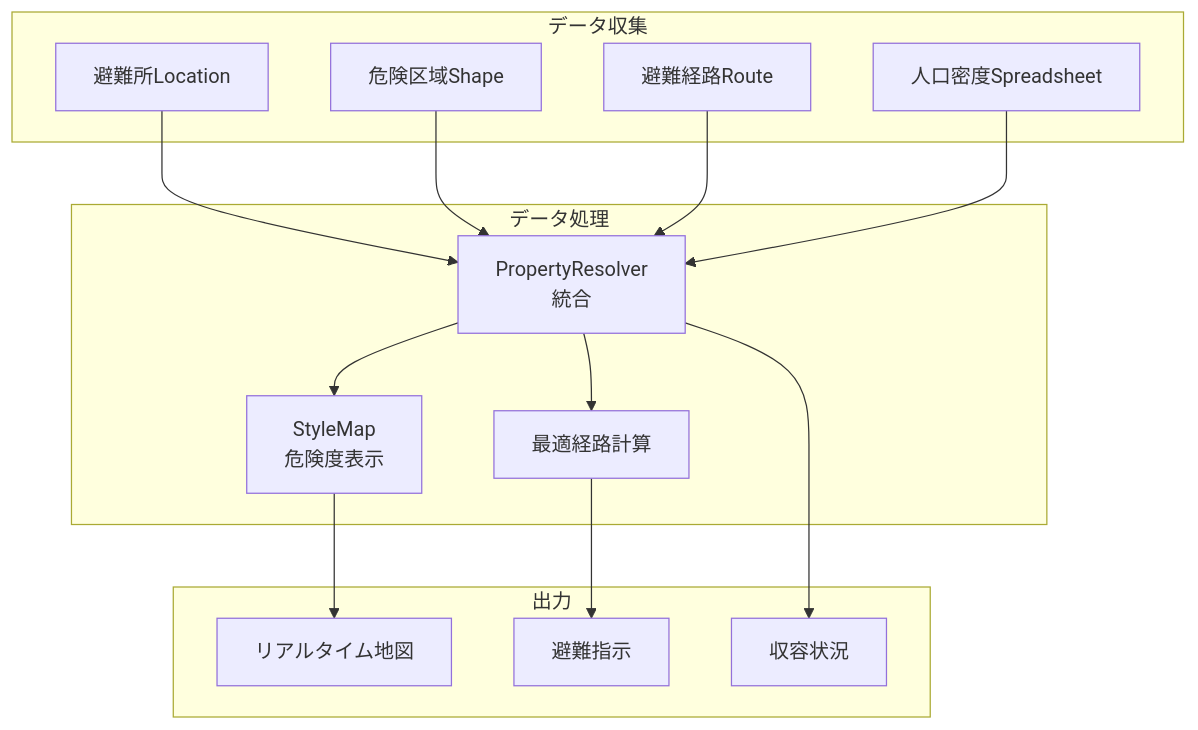
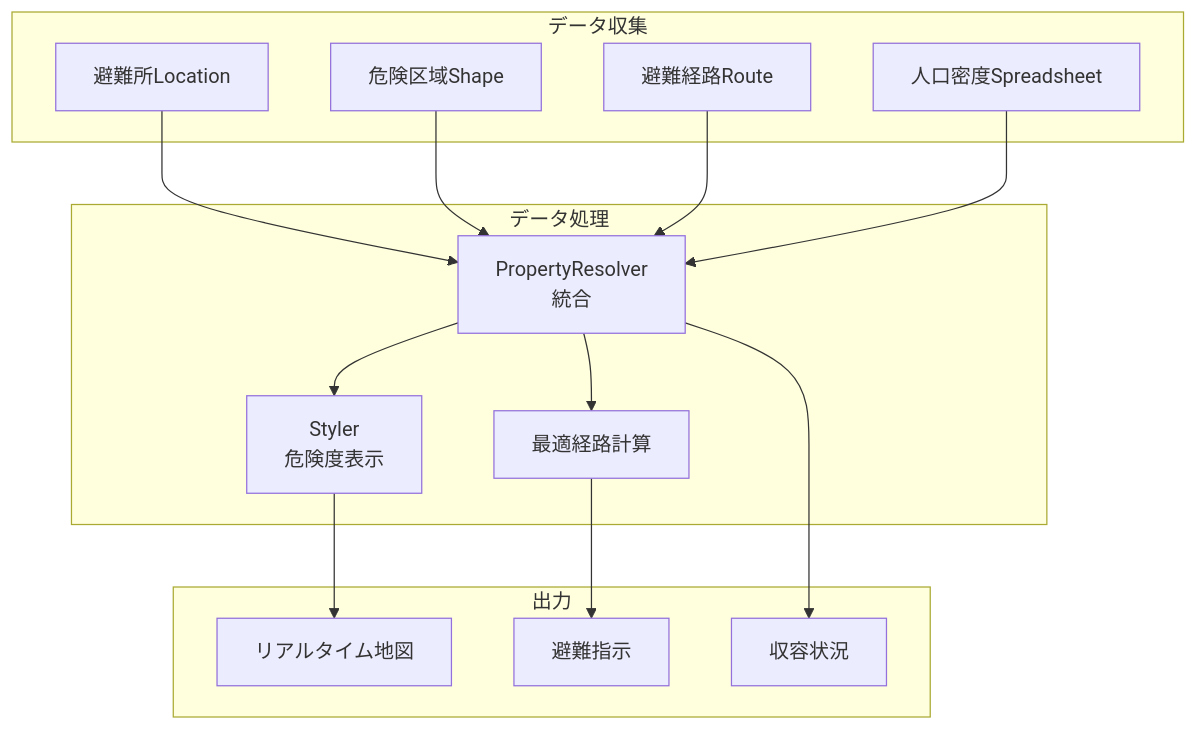
Before and after one commit to kubohiroya/hierarchidb: the tenth of 10 diagrams in docs/USER_MANUAL_COMPREHENSIVE/02_ADVANCED_USER_GUIDE.md, drawn with Mermaid. The commit also changed other lines of this file and 267 other files, not shown here.

````diff
--- a/docs/USER_MANUAL_COMPREHENSIVE/02_ADVANCED_USER_GUIDE.md
+++ b/docs/USER_MANUAL_COMPREHENSIVE/02_ADVANCED_USER_GUIDE.md
@@ -736,33 +736,33 @@
 ```mermaid
 graph TB
     subgraph "データ収集"
         D1[避難所Location]
         D2[危険区域Shape]
         D3[避難経路Route]
         D4[人口密度Spreadsheet]
     end
     
     subgraph "データ処理"
         P1[PropertyResolver<br/>統合]
-        P2[StyleMap<br/>危険度表示]
+        P2[Styler<br/>危険度表示]
         P3[最適経路計算]
     end
     
     subgraph "出力"
         O1[リアルタイム地図]
         O2[避難指示]
         O3[収容状況]
     end
     
     D1 --> P1
     D2 --> P1
     D3 --> P1
     D4 --> P1
     
     P1 --> P2
     P1 --> P3
     
     P2 --> O1
     P3 --> O2
     P1 --> O3
 ```
````
